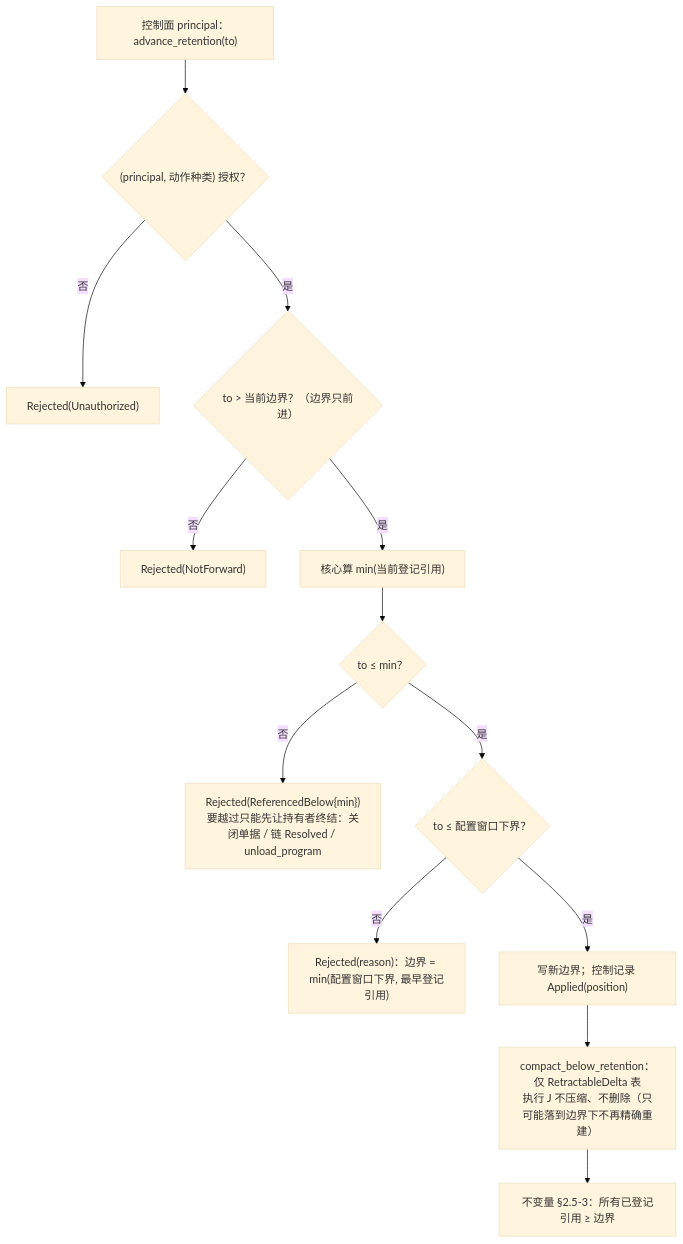
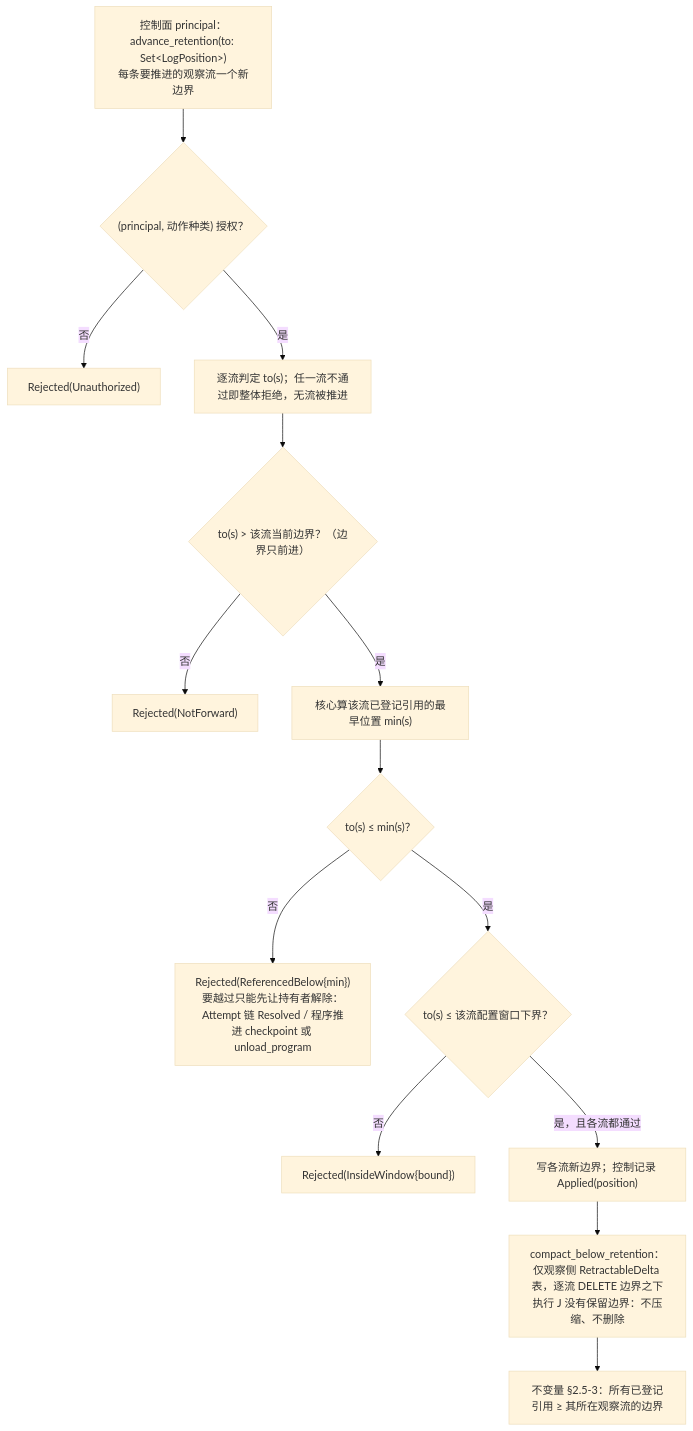
One commit to mouriya-s-lab/uta changed the second of 3 diagrams in design/diagrams/08-retention-and-references.md. Above: the diagram before and after it, drawn with Mermaid (base theme). The commit also changed other lines of this file and 6 other files, not shown here.

````diff
--- a/design/diagrams/08-retention-and-references.md
+++ b/design/diagrams/08-retention-and-references.md
@@ -47,15 +47,16 @@
 ```mermaid
 flowchart TB
-  OP["控制面 principal：advance_retention(to)"] --> AUTH{"(principal, 动作种类) 授权？"}
+  OP["控制面 principal：advance_retention(to: Set&lt;LogPosition&gt;)<br/>每条要推进的观察流一个新边界"] --> AUTH{"(principal, 动作种类) 授权？"}
   AUTH -->|"否"| U["Rejected(Unauthorized)"]
-  AUTH -->|"是"| MONO{"to > 当前边界？（边界只前进）"}
+  AUTH -->|"是"| EACH["逐流判定 to(s)；任一流不通过即整体拒绝，无流被推进"]
+  EACH --> MONO{"to(s) > 该流当前边界？（边界只前进）"}
   MONO -->|"否"| RJ0["Rejected(NotForward)"]
-  MONO -->|"是"| MIN["核心算 min(当前登记引用)"]
-  MIN --> CMP{"to ≤ min？"}
-  CMP -->|"否"| RJ["Rejected(ReferencedBelow{min})<br/>要越过只能先让持有者终结：关闭单据 / 链 Resolved / unload_program"]
-  CMP -->|"是"| WIN{"to ≤ 配置窗口下界？"}
-  WIN -->|"否"| RJ2["Rejected(reason)：边界 = min(配置窗口下界, 最早登记引用)"]
-  WIN -->|"是"| APPLY["写新边界；控制记录 Applied(position)"]
-  APPLY --> COMPACT["compact_below_retention：仅 RetractableDelta 表<br/>执行 J 不压缩、不删除（只可能落到边界下不再精确重建）"]
-  COMPACT --> INV["不变量 §2.5-3：所有已登记引用 ≥ 边界"]
+  MONO -->|"是"| MIN["核心算该流已登记引用的最早位置 min(s)"]
+  MIN --> CMP{"to(s) ≤ min(s)？"}
+  CMP -->|"否"| RJ["Rejected(ReferencedBelow{min})<br/>要越过只能先让持有者解除：Attempt 链 Resolved / 程序推进 checkpoint 或 unload_program"]
+  CMP -->|"是"| WIN{"to(s) ≤ 该流配置窗口下界？"}
+  WIN -->|"否"| RJ2["Rejected(InsideWindow{bound})"]
+  WIN -->|"是，且各流都通过"| APPLY["写各流新边界；控制记录 Applied(position)"]
+  APPLY --> COMPACT["compact_below_retention：仅观察侧 RetractableDelta 表，逐流 DELETE 边界之下<br/>执行 J 没有保留边界：不压缩、不删除"]
+  COMPACT --> INV["不变量 §2.5-3：所有已登记引用 ≥ 其所在观察流的边界"]
 ```
````
